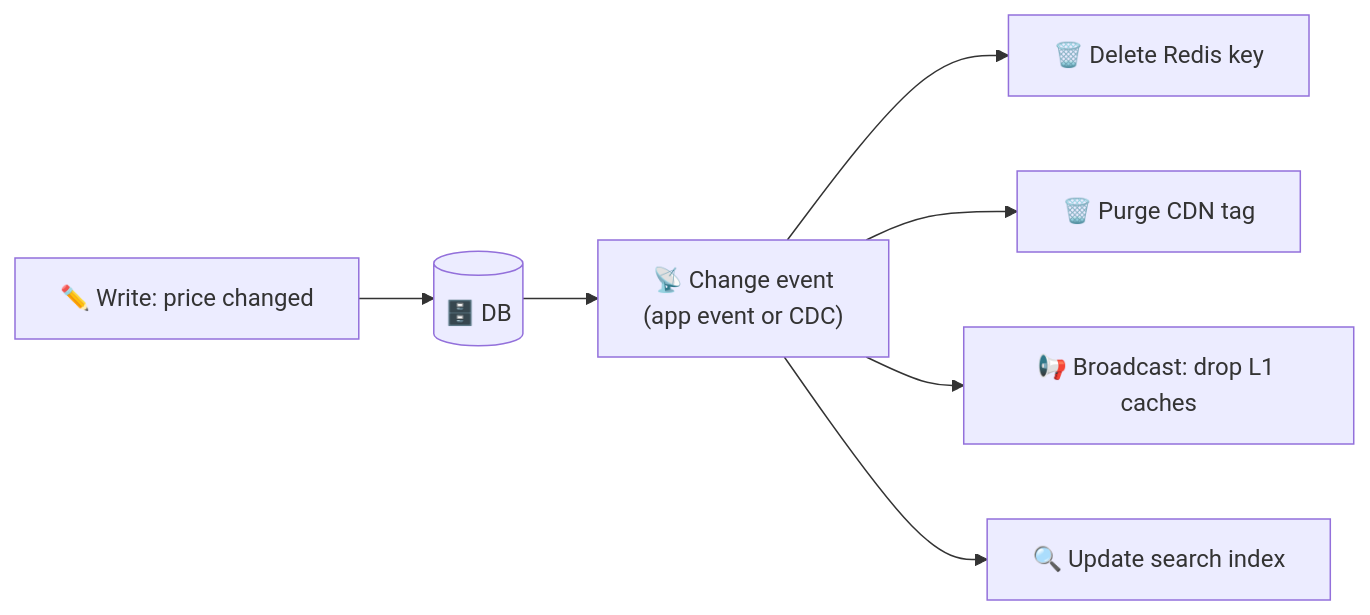
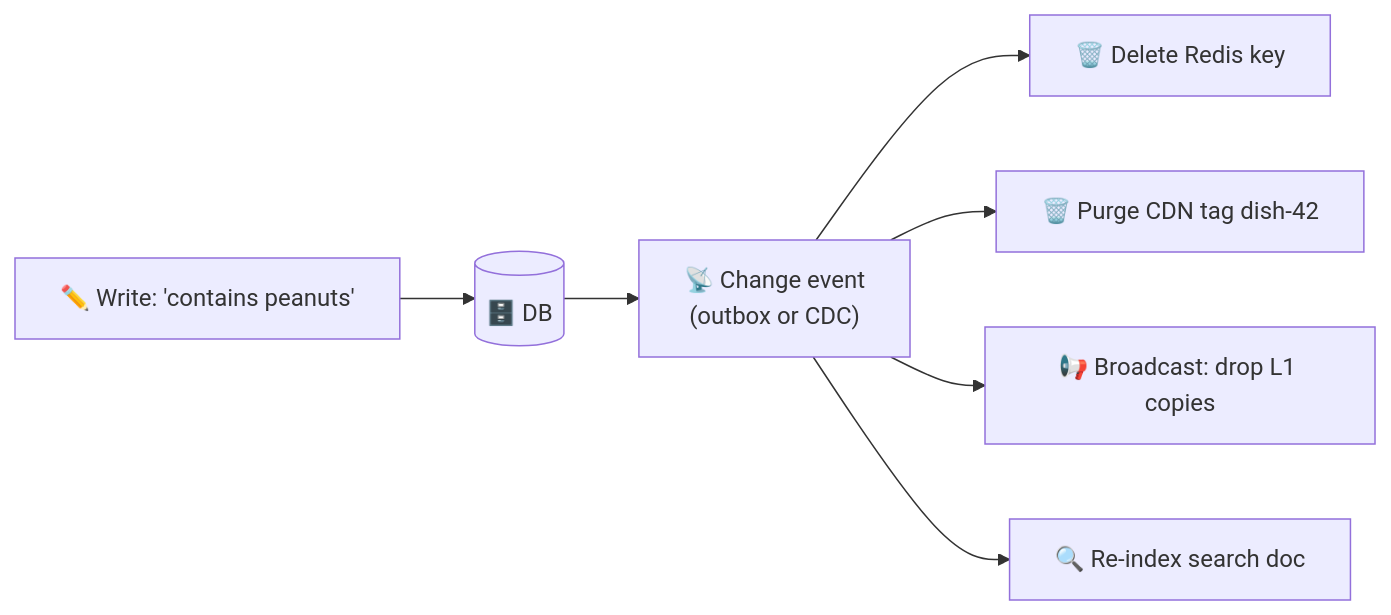
The diagram in phases/04-caching/031-cache-invalidation.md (winnyboy5/System-Design-from-Atoms), drawn with Mermaid before and after one commit. The commit also changed other lines of this file and 5 other files, not shown here.

````diff
--- a/phases/04-caching/031-cache-invalidation.md
+++ b/phases/04-caching/031-cache-invalidation.md
@@ -29,9 +41,9 @@
 ```mermaid
 flowchart LR
-    W["✏️ Write: price changed"] --> DB[("🗄️ DB")]
-    DB --> CDC["📡 Change event<br/>(app event or CDC)"]
+    W["✏️ Write: 'contains peanuts'"] --> DB[("🗄️ DB")]
+    DB --> CDC["📡 Change event<br/>(outbox or CDC)"]
     CDC --> I1["🗑️ Delete Redis key"]
-    CDC --> I2["🗑️ Purge CDN tag"]
-    CDC --> I3["📢 Broadcast: drop L1 caches"]
-    CDC --> I4["🔍 Update search index"]
+    CDC --> I2["🗑️ Purge CDN tag dish-42"]
+    CDC --> I3["📢 Broadcast: drop L1 copies"]
+    CDC --> I4["🔍 Re-index search doc"]
 ```
````
